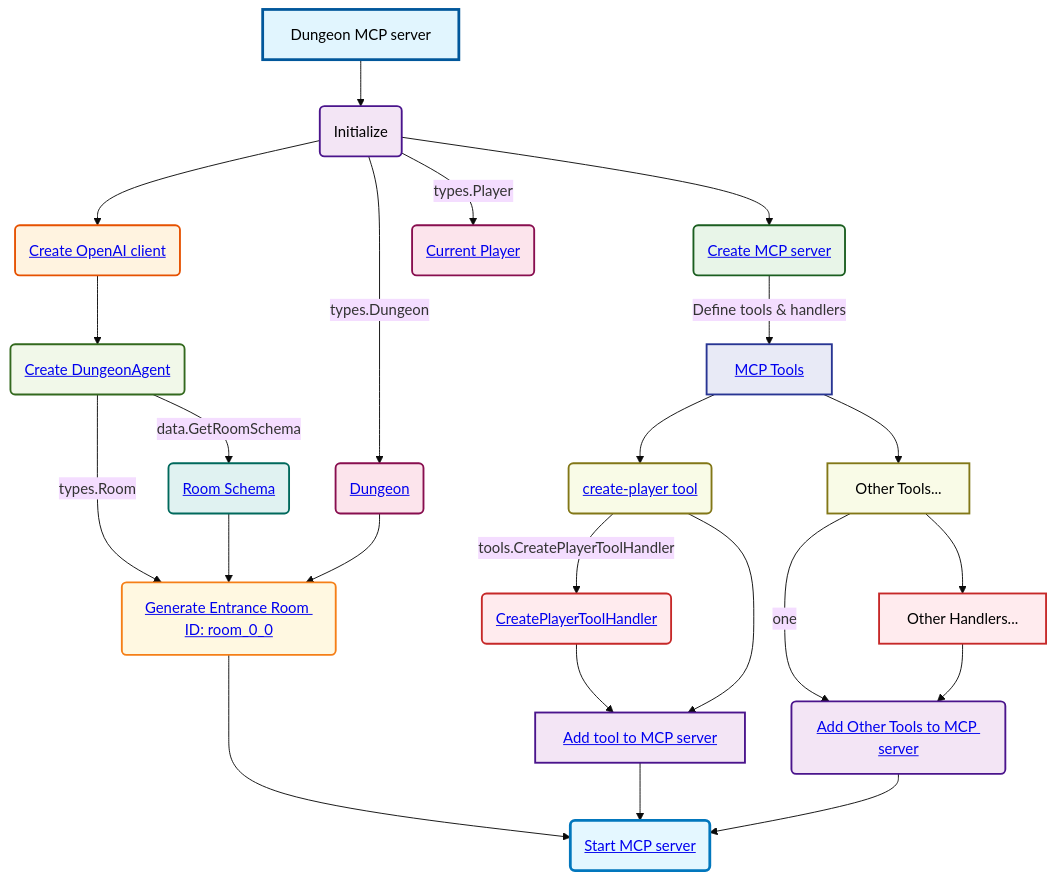
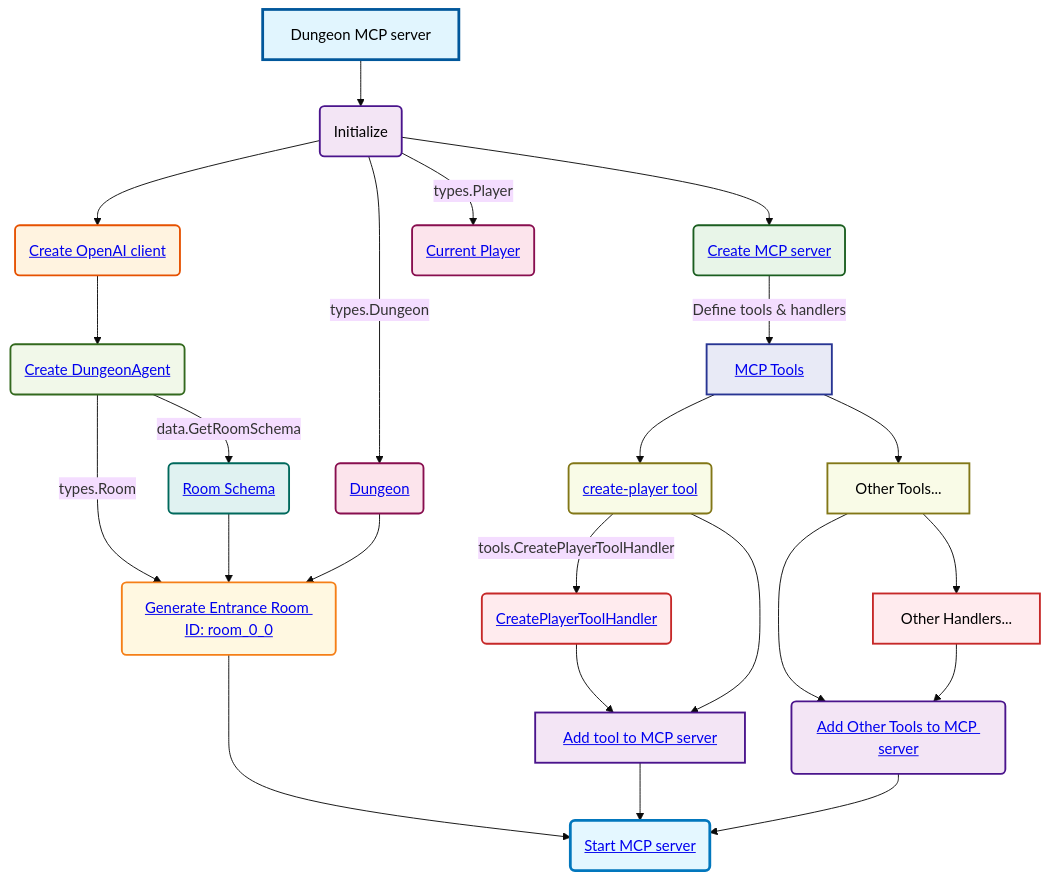
Before and after one commit to Compose-and-Dragons/dungeon.v1: the diagram in deck/800-DUNGEON/01-dungeon-crawler-mcp-server/001-schema.md, drawn with Mermaid (base theme).

Commit message:
🛟 Updated.

````diff
--- a/deck/800-DUNGEON/01-dungeon-crawler-mcp-server/001-schema.md
+++ b/deck/800-DUNGEON/01-dungeon-crawler-mcp-server/001-schema.md
@@ -3,52 +3,52 @@
 ```mermaid
 flowchart TD
     X[Dungeon MCP server]:::main
     X --> Initialize(Initialize):::process
 
     Initialize --> MCPServer(<a href="/dungeon-crawler-mcp-server/main.go#L26">Create MCP server</a>):::server
 
     Initialize --> OpenAIClient(<a href="/dungeon-crawler-mcp-server/main.go#L43">Create OpenAI client</a>):::client
 
     Initialize -->|types.Player| CurrentPlayer(<a href="/dungeon-crawler-mcp-server/main.go#L72">Current Player</a>):::entity
 
     Initialize -->|types.Dungeon| Dungeon(<a href="/dungeon-crawler-mcp-server/main.go#L92">Dungeon</a>):::entity
 
     OpenAIClient --> DungeonAgent(<a href="/dungeon-crawler-mcp-server/main.go#L51">Create DungeonAgent</a>):::agent
 
     DungeonAgent -->|data.GetRoomSchema| RoomSchema(<a href="/dungeon-crawler-mcp-server/data/response.schema.go#L5">Room Schema</a>):::schema
 
     DungeonAgent -->|types.Room| EntranceRoom(<a href="/dungeon-crawler-mcp-server/main.go#L116">Generate Entrance Room ID: room_0_0</a>):::room
     RoomSchema --> EntranceRoom
     Dungeon --> EntranceRoom
 
     MCPServer -->|Define tools & handlers| MCPTools[<a href="/dungeon-crawler-mcp-server/main.go#L166">MCP Tools</a>]:::tools
 
     MCPTools --> CreatePlayerTool(<a href="/dungeon-crawler-mcp-server/tools/create-player.go#L18">create-player tool</a>):::tool
     CreatePlayerTool -->|tools.CreatePlayerToolHandler| PlayerHandler(<a href="/dungeon-crawler-mcp-server/tools/create-player.go#L36">CreatePlayerToolHandler</a>):::handler
 
     PlayerHandler --> AddClientToolToServer[<a href="/dungeon-crawler-mcp-server/main.go#L174">Add tool to MCP server</a>]:::process
     CreatePlayerTool --> AddClientToolToServer
 
     MCPTools --> OtherTools[Other Tools...]:::tool
     OtherTools --> OtherHandlers[Other Handlers...]:::handler
 
-    OtherTools -->|one| AddOtherToolsToServer(<a href="/dungeon-crawler-mcp-server/main.go#L177">Add Other Tools to MCP server</a>):::process
+    OtherTools --> AddOtherToolsToServer(<a href="/dungeon-crawler-mcp-server/main.go#L177">Add Other Tools to MCP server</a>):::process
     OtherHandlers --> AddOtherToolsToServer
 
     EntranceRoom --> StartServer(<a href="/dungeon-crawler-mcp-server/main.go#L216">Start MCP server</a>):::final
     AddClientToolToServer --> StartServer
     AddOtherToolsToServer --> StartServer
 
     classDef main fill:#e1f5fe,stroke:#01579b,stroke-width:3px,color:#000
     classDef process fill:#f3e5f5,stroke:#4a148c,stroke-width:2px,color:#000
     classDef server fill:#e8f5e8,stroke:#1b5e20,stroke-width:2px,color:#000
     classDef client fill:#fff3e0,stroke:#e65100,stroke-width:2px,color:#000
     classDef entity fill:#fce4ec,stroke:#880e4f,stroke-width:2px,color:#000
     classDef agent fill:#f1f8e9,stroke:#33691e,stroke-width:2px,color:#000
     classDef schema fill:#e0f2f1,stroke:#00695c,stroke-width:2px,color:#000
     classDef room fill:#fff8e1,stroke:#f57f17,stroke-width:2px,color:#000
     classDef tools fill:#e8eaf6,stroke:#283593,stroke-width:2px,color:#000
     classDef tool fill:#f9fbe7,stroke:#827717,stroke-width:2px,color:#000
     classDef handler fill:#ffebee,stroke:#c62828,stroke-width:2px,color:#000
     classDef final fill:#e4f7ff,stroke:#0277bd,stroke-width:3px,color:#000
 ```
````
